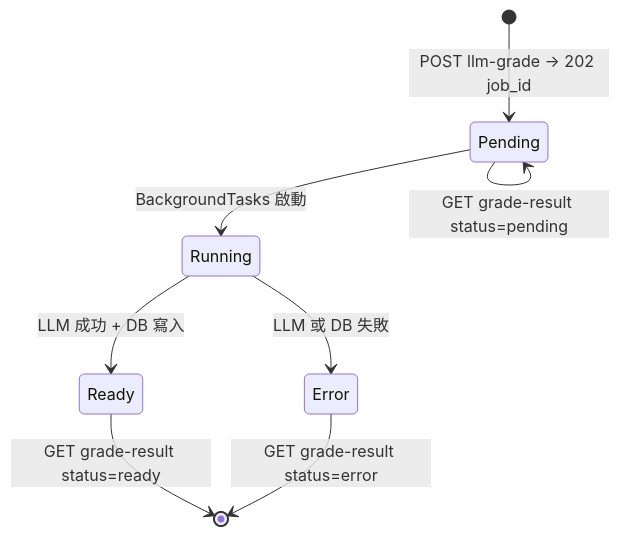
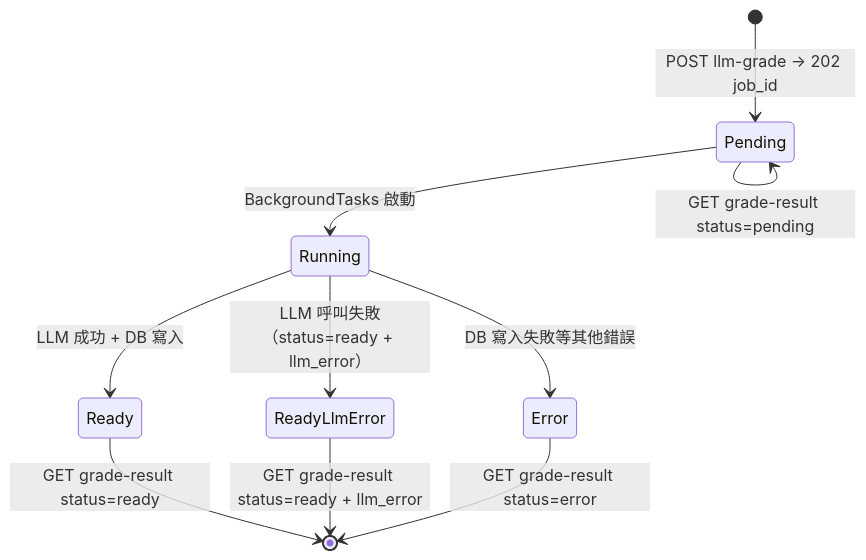
Before and after one commit to kevin7261/MyQuiz-ai-backend: the sixth of 6 diagrams in README.md, drawn with Mermaid. The commit also changed other lines of this file and 4 other files, not shown here.

````diff
--- a/README.md
+++ b/README.md
@@ -379,10 +446,12 @@
 ```mermaid
 stateDiagram-v2
     [*] --> Pending: POST llm-grade → 202 job_id
     Pending --> Running: BackgroundTasks 啟動
     Running --> Ready: LLM 成功 + DB 寫入
-    Running --> Error: LLM 或 DB 失敗
+    Running --> ReadyLlmError: LLM 呼叫失敗（status=ready + llm_error）
+    Running --> Error: DB 寫入失敗等其他錯誤
     Ready --> [*]: GET grade-result status=ready
+    ReadyLlmError --> [*]: GET grade-result status=ready + llm_error
     Error --> [*]: GET grade-result status=error
     Pending --> Pending: GET grade-result status=pending
 ```
````
